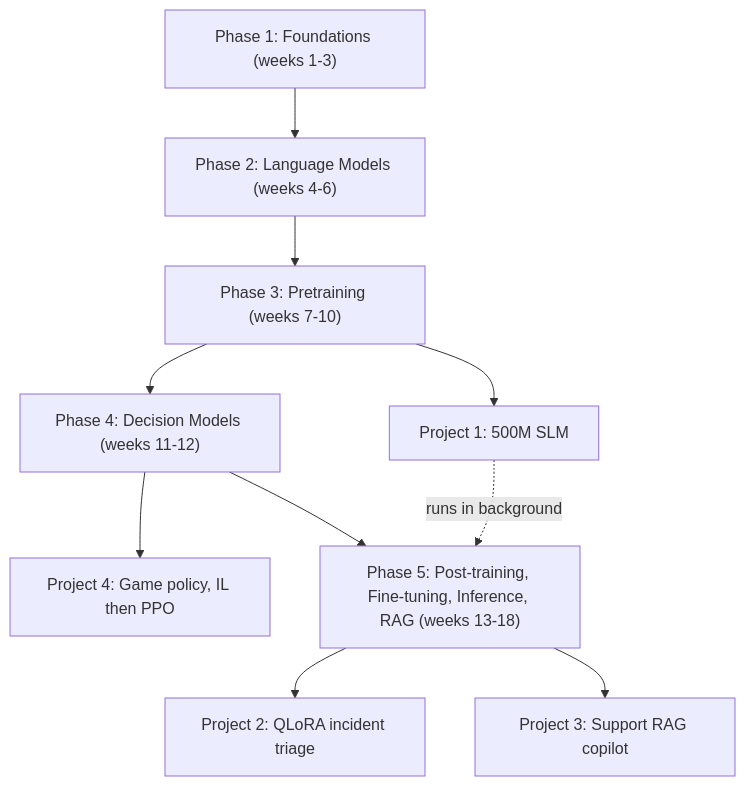
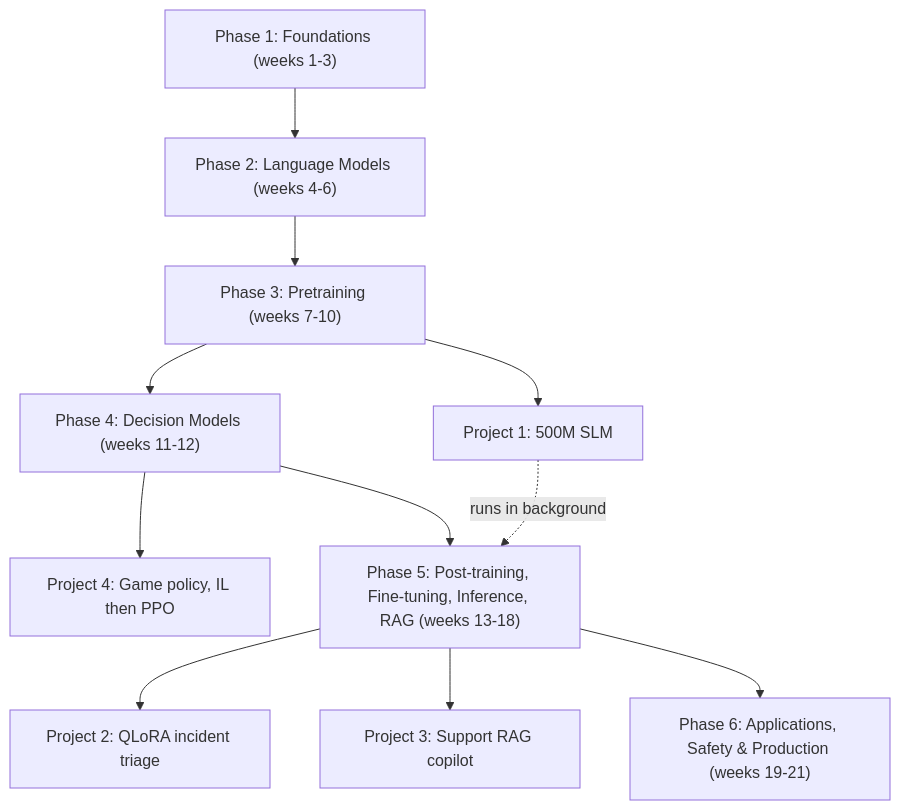
Before and after one commit to vivek-rm-14286/llm-from-scratch: the diagram in docs/start/roadmap.md, drawn with Mermaid. The commit also changed other lines of this file and 22 other files, not shown here.

First line of the commit message:
Add 15 pages: architecture families, multimodal, GPU performance, distillation & synthetic data, merging & continued pretraining, Applications and Safety & Production sections

````diff
--- a/docs/start/roadmap.md
+++ b/docs/start/roadmap.md
@@ -15,12 +15,13 @@
 ```mermaid
 flowchart TD
     A["Phase 1: Foundations (weeks 1-3)"] --> B["Phase 2: Language Models (weeks 4-6)"]
     B --> C["Phase 3: Pretraining (weeks 7-10)"]
     C --> P1["Project 1: 500M SLM"]
     C --> D["Phase 4: Decision Models (weeks 11-12)"]
     D --> P4["Project 4: Game policy, IL then PPO"]
     D --> E["Phase 5: Post-training, Fine-tuning, Inference, RAG (weeks 13-18)"]
     E --> P2["Project 2: QLoRA incident triage"]
     E --> P3["Project 3: Support RAG copilot"]
+    E --> F["Phase 6: Applications, Safety & Production (weeks 19-21)"]
     P1 -.->|"runs in background"| E
 ```
````
